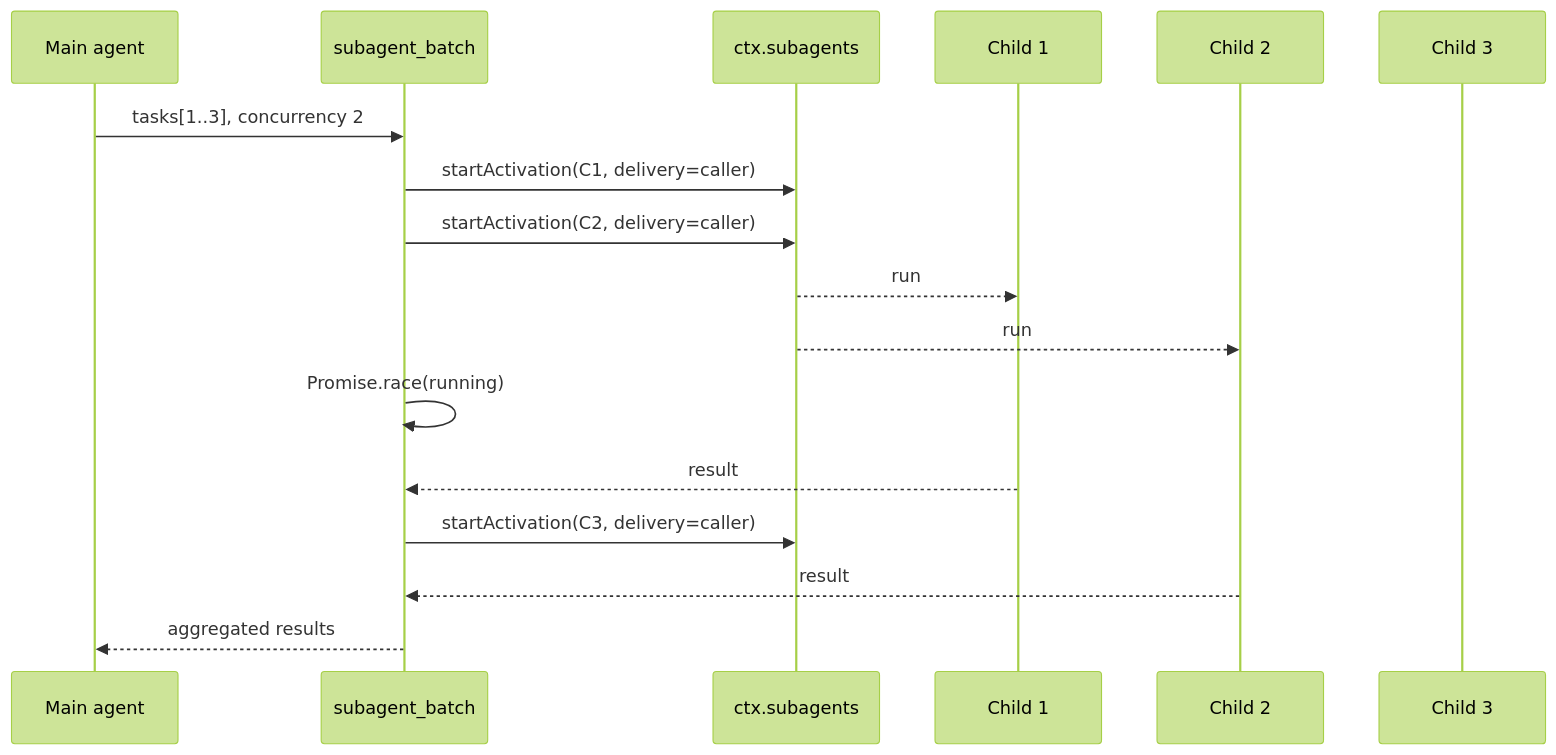
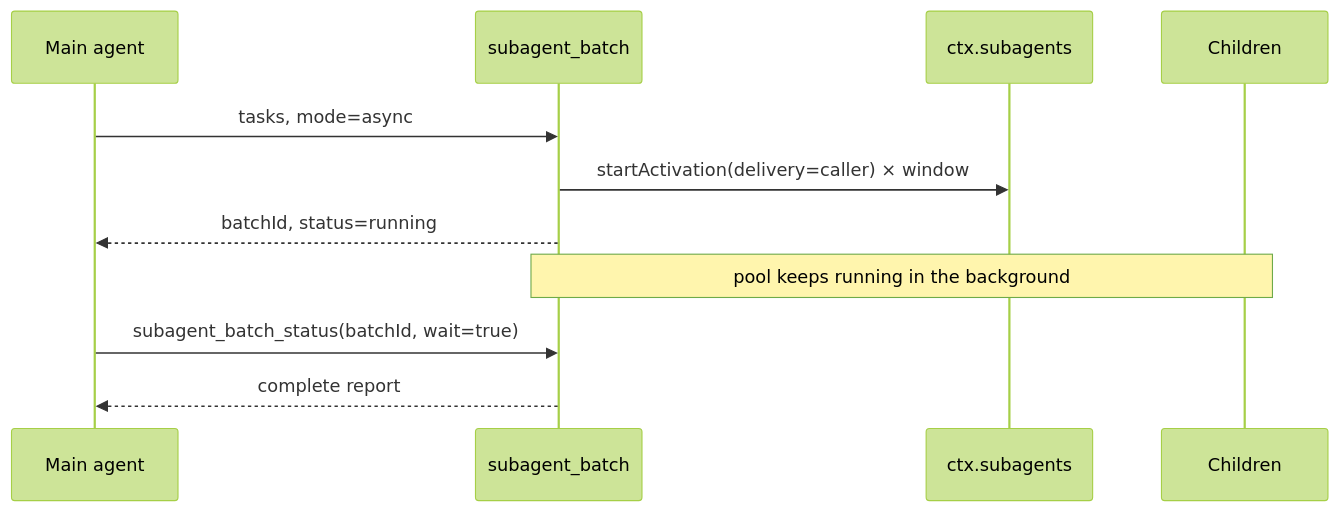
One commit to YixiangTang/dsh-tool-subagent-batch changed the second of 2 diagrams in README.md. Above: the diagram before and after it, drawn with Mermaid (forest theme). The commit also changed other lines of this file and 6 other files, not shown here.

Commit message:
feat: add async batch mode and status tool

````diff
--- a/README.md
+++ b/README.md
@@ -45,20 +95,14 @@
 ```mermaid
 sequenceDiagram
     participant M as Main agent
     participant T as subagent_batch
     participant S as ctx.subagents
-    participant C1 as Child 1
-    participant C2 as Child 2
-    participant C3 as Child 3
+    participant C as Children
 
-    M->>T: tasks[1..3], concurrency 2
-    T->>S: startActivation(C1, delivery=caller)
-    T->>S: startActivation(C2, delivery=caller)
-    S-->>C1: run
-    S-->>C2: run
-    T->>T: Promise.race(running)
-    C1-->>T: result
-    T->>S: startActivation(C3, delivery=caller)
-    C2-->>T: result
-    T-->>M: aggregated results
+    M->>T: tasks, mode=async
+    T->>S: startActivation(delivery=caller) × window
+    T-->>M: batchId, status=running
+    Note over T,C: pool keeps running in the background
+    M->>T: subagent_batch_status(batchId, wait=true)
+    T-->>M: complete report
 ```
````
